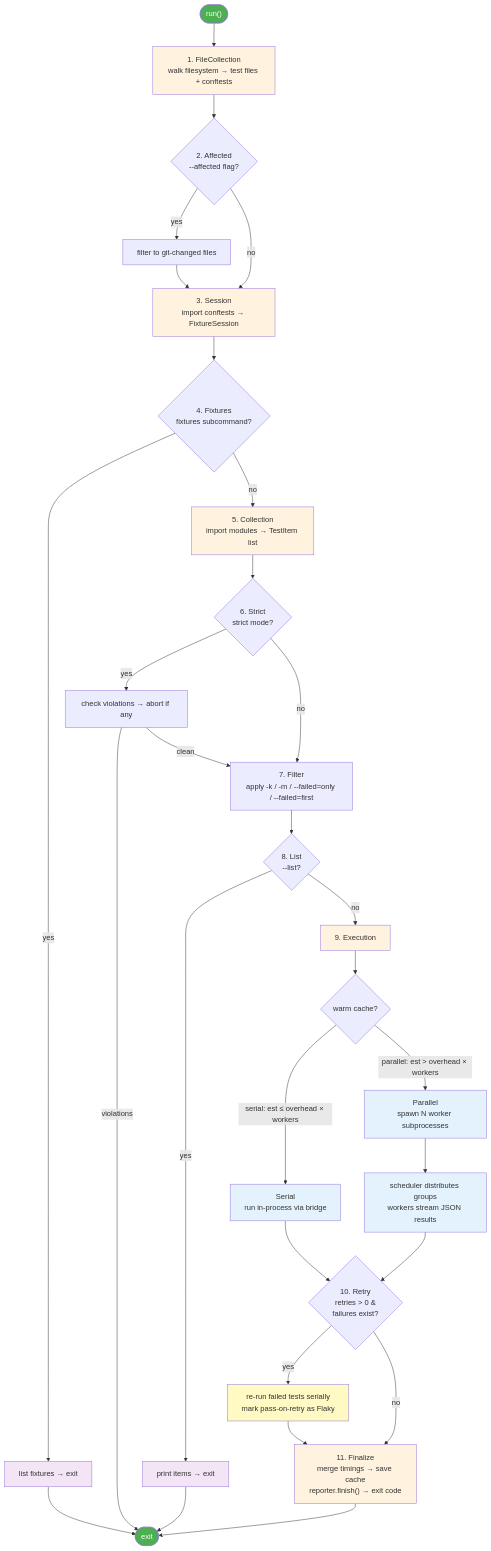
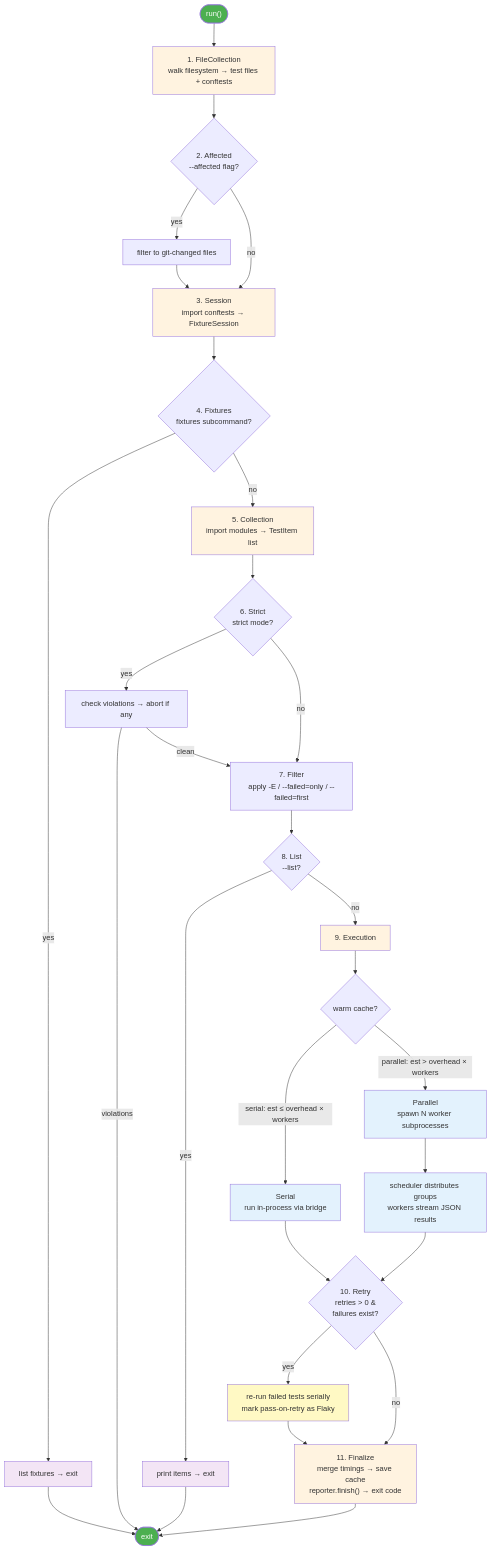
The second of 2 diagrams in docs/src/contributing/architecture.md (kalonji-tools/oxitest), drawn with Mermaid before and after one commit. The commit also changed other lines of this file and 9 other files, not shown here.

````diff
--- a/docs/src/contributing/architecture.md
+++ b/docs/src/contributing/architecture.md
@@ -103,71 +103,71 @@
 ```mermaid
 flowchart TD
     START(["run()"])
 
     FC["1. FileCollection<br/>walk filesystem → test files + conftests"]
     AF{"2. Affected<br/>--affected flag?"}
     AF_Y["filter to git-changed files"]
     SE["3. Session<br/>import conftests → FixtureSession"]
     FX{"4. Fixtures<br/>fixtures subcommand?"}
     FX_Y["list fixtures → exit"]
     CO["5. Collection<br/>import modules → TestItem list"]
     ST{"6. Strict<br/>strict mode?"}
     ST_Y["check violations → abort if any"]
-    FI["7. Filter<br/>apply -k / -m / --failed=only / --failed=first"]
+    FI["7. Filter<br/>apply -E / --failed=only / --failed=first"]
     LI{"8. List<br/>--list?"}
     LI_Y["print items → exit"]
 
     EX["9. Execution"]
     DECIDE{"warm cache?"}
     SERIAL["Serial<br/>run in-process via bridge"]
     PAR["Parallel<br/>spawn N worker subprocesses"]
     PAR_DETAIL["scheduler distributes groups<br/>workers stream JSON results"]
 
     RT{"10. Retry<br/>retries > 0 &<br/>failures exist?"}
     RT_Y["re-run failed tests serially<br/>mark pass-on-retry as Flaky"]
 
     FIN["11. Finalize<br/>merge timings → save cache<br/>reporter.finish() → exit code"]
 
     DONE(["exit"])
 
     START --> FC
     FC --> AF
     AF -->|yes| AF_Y --> SE
     AF -->|no| SE
     SE --> FX
     FX -->|yes| FX_Y --> DONE
     FX -->|no| CO
     CO --> ST
     ST -->|yes| ST_Y
     ST_Y -->|violations| DONE
     ST_Y -->|clean| FI
     ST -->|no| FI
     FI --> LI
     LI -->|yes| LI_Y --> DONE
     LI -->|no| EX
 
     EX --> DECIDE
     DECIDE -->|"serial: est ≤ overhead × workers"| SERIAL
     DECIDE -->|"parallel: est > overhead × workers"| PAR
     PAR --> PAR_DETAIL
     SERIAL --> RT
     PAR_DETAIL --> RT
 
     RT -->|yes| RT_Y --> FIN
     RT -->|no| FIN
     FIN --> DONE
 
     style START fill:#4CAF50,color:#fff
     style DONE fill:#4CAF50,color:#fff
     style FC fill:#fff3e0
     style SE fill:#fff3e0
     style CO fill:#fff3e0
     style EX fill:#fff3e0
     style FIN fill:#fff3e0
     style SERIAL fill:#e3f2fd
     style PAR fill:#e3f2fd
     style PAR_DETAIL fill:#e3f2fd
     style RT_Y fill:#fff9c4
     style FX_Y fill:#f3e5f5
     style LI_Y fill:#f3e5f5
 ```
````
